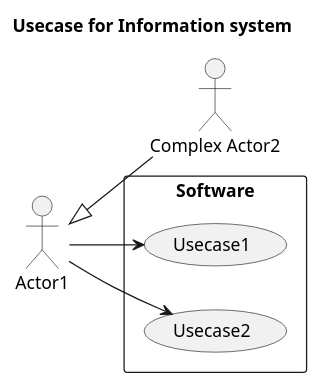
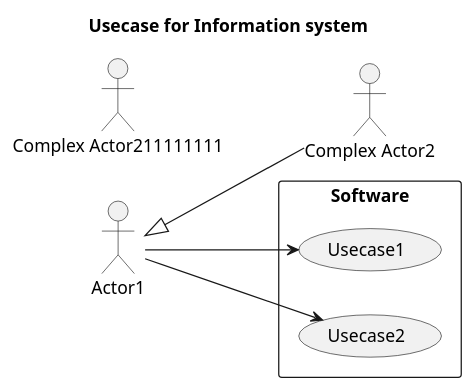
One commit to oleksandrblazhko/ai202-test changed the diagram in Example-1-UseCase.puml. Above: the diagram before and after it, drawn with PlantUML.

```diff
--- a/Example-1-UseCase.puml
+++ b/Example-1-UseCase.puml
@@ -1,20 +1,20 @@
 @startuml
 
 title Usecase for Information system
 
 left to right direction
 
 actor Actor1
-actor :Complex Actor2:
+actor :Complex Actor211111111:
 
 Actor1 <|-- :Complex Actor2:
 
 rectangle Software {
     usecase (Usecase1)
     usecase (Usecase2)
     
     Actor1 --> (Usecase1)
     Actor1 --> (Usecase2)
 }
 
 @enduml
```
